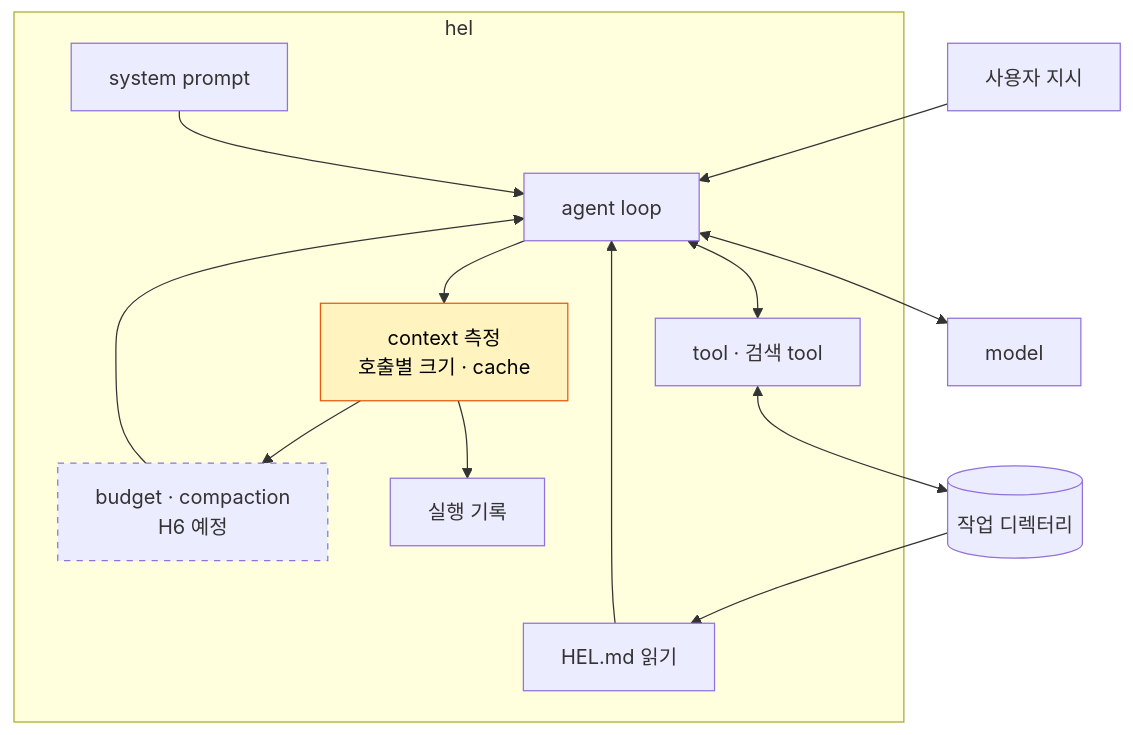
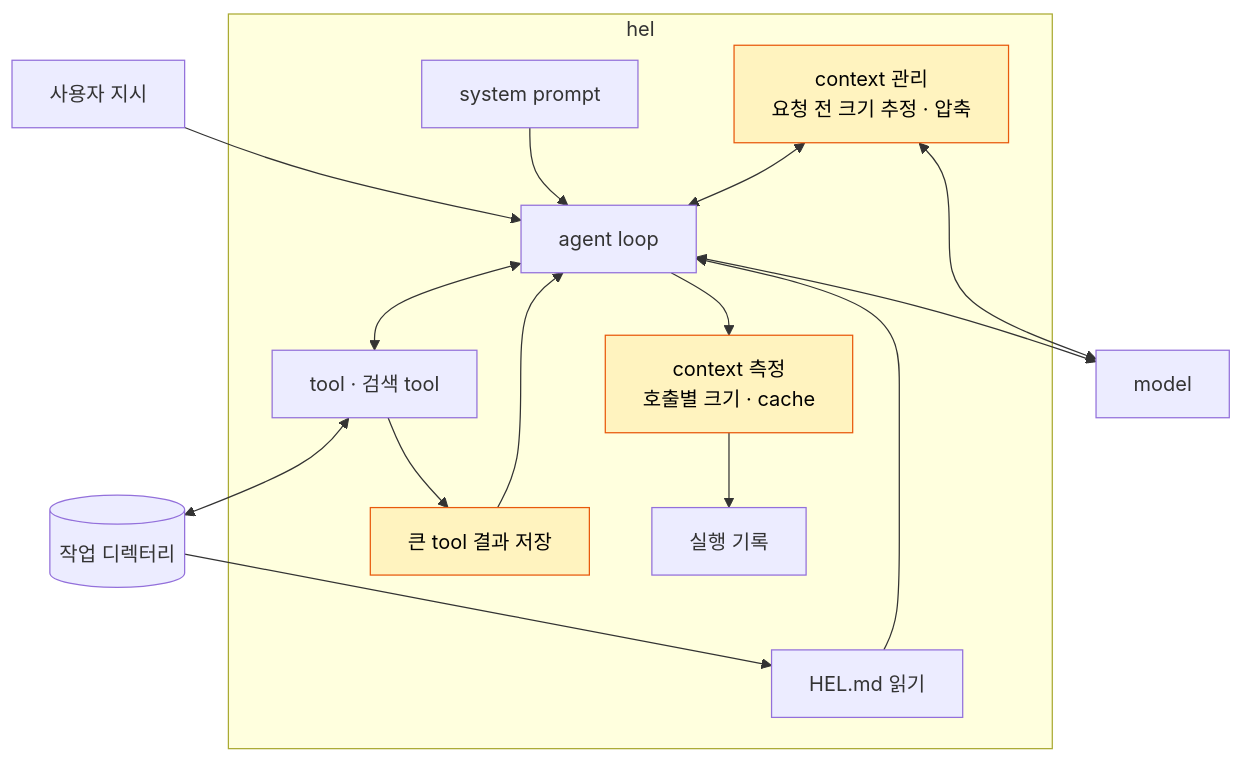
The second of 2 diagrams in guide/src/parts/part3-context.md (jammer-droid/HEL), drawn with Mermaid before and after one commit. The commit also changed other lines of this file and 28 other files, not shown here.

````diff
--- a/guide/src/parts/part3-context.md
+++ b/guide/src/parts/part3-context.md
@@ -71,25 +71,27 @@
 ```mermaid
 flowchart TB
     U[사용자 지시] --> L
     subgraph H[hel]
         P[system prompt]
         C[HEL.md 읽기]
         L[agent loop]
         T[tool · 검색 tool]
         B[context 측정<br/>호출별 크기 · cache]:::new
-        K[budget · compaction<br/>H6 예정]:::planned
+        K[context 관리<br/>요청 전 크기 추정 · 압축]:::new
+        S[큰 tool 결과 저장]:::new
         R[실행 기록]
     end
     P --> L
     C --> L
     L <--> M[model]
     L <--> T
+    T --> S
+    S --> L
     L --> B
     B --> R
-    B --> K
-    K --> L
+    K <--> L
+    K <--> M
     T <--> W[(작업 디렉터리)]
     W --> C
     classDef new fill:#fff3bf,stroke:#e8590c,color:#000
-    classDef planned stroke-dasharray: 5 5
 ```
````
